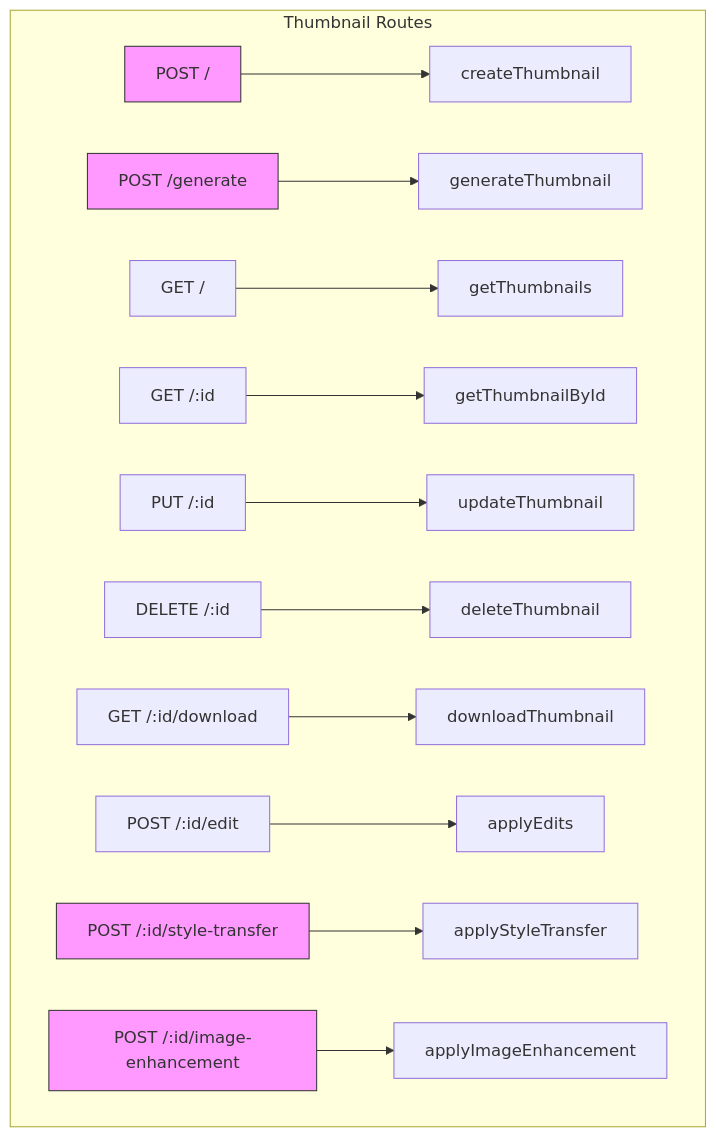
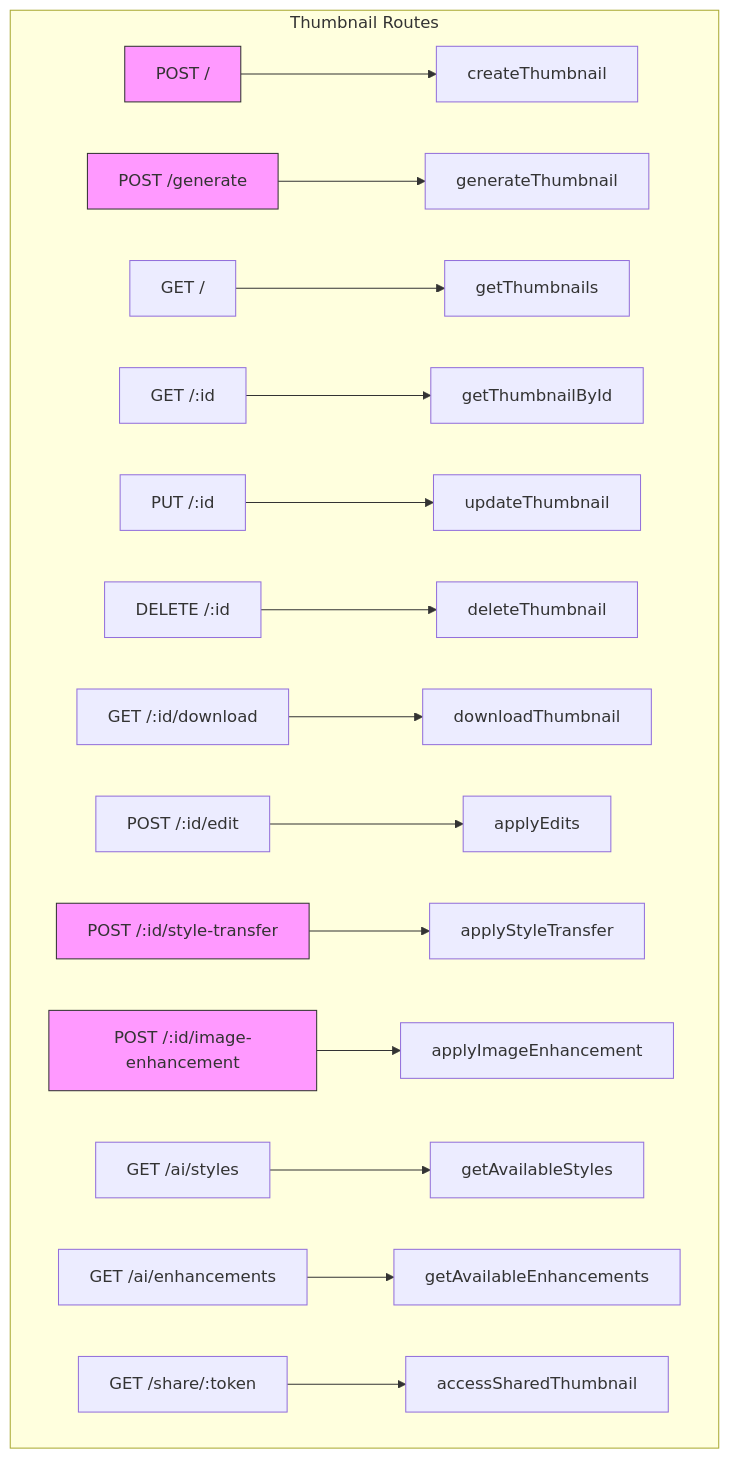
The tenth of 10 diagrams in .qoder/repowiki/en/content/AI & Image Processing/AI Thumbnail Generation Workflow.md (Brimstow/ThumPiks), drawn with Mermaid before and after one commit. The commit also changed other lines of this file and 900 other files, not shown here.

````diff
--- a/.qoder/repowiki/en/content/AI & Image Processing/AI Thumbnail Generation Workflow.md
+++ b/.qoder/repowiki/en/content/AI & Image Processing/AI Thumbnail Generation Workflow.md
@@ -258,19 +372,22 @@
 ```mermaid
 graph TB
 subgraph "Thumbnail Routes"
 A[POST /] --> B[createThumbnail]
 C[POST /generate] --> D[generateThumbnail]
 E[GET /] --> F[getThumbnails]
 G[GET /:id] --> H[getThumbnailById]
 I[PUT /:id] --> J[updateThumbnail]
 K[DELETE /:id] --> L[deleteThumbnail]
 M[GET /:id/download] --> N[downloadThumbnail]
 O[POST /:id/edit] --> P[applyEdits]
 Q[POST /:id/style-transfer] --> R[applyStyleTransfer]
 S[POST /:id/image-enhancement] --> T[applyImageEnhancement]
+U[GET /ai/styles] --> V[getAvailableStyles]
+W[GET /ai/enhancements] --> X[getAvailableEnhancements]
+Y[GET /share/:token] --> Z[accessSharedThumbnail]
 end
 style A fill:#f9f,stroke:#333
 style C fill:#f9f,stroke:#333
 style Q fill:#f9f,stroke:#333
 style S fill:#f9f,stroke:#333
 ```
````
